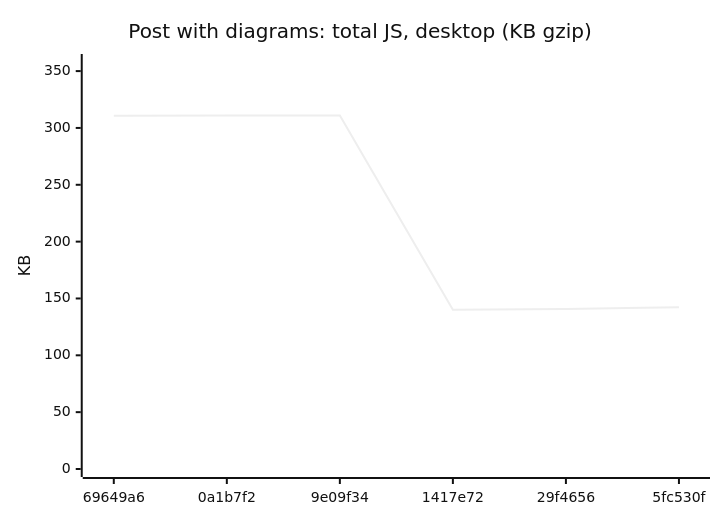
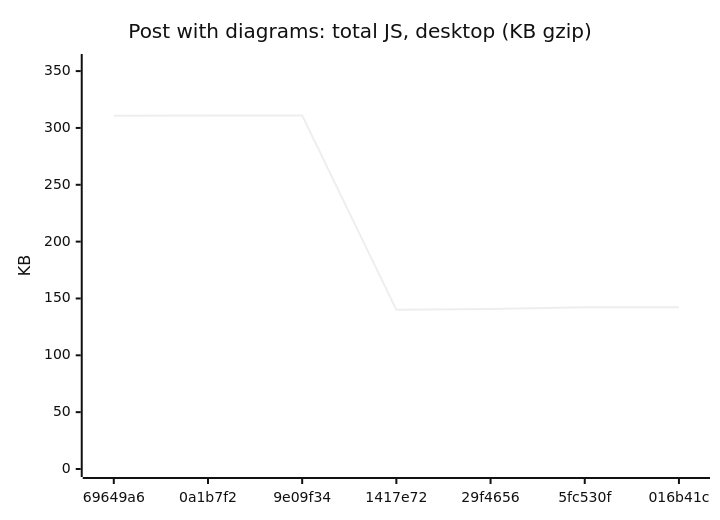
One commit to AxelUser/maltsev.space changed diagram 15 of 18 in README.md. Above: the diagram before and after it, drawn with Mermaid (neutral theme). The commit also changed other lines of this file and 1 other file, not shown here.

````diff
--- a/README.md
+++ b/README.md
@@ -161,7 +161,7 @@
 ```mermaid
 xychart-beta
   title "Post with diagrams: total JS, desktop (KB gzip)"
-  x-axis ["69649a6", "0a1b7f2", "9e09f34", "1417e72", "29f4656", "5fc530f"]
+  x-axis ["69649a6", "0a1b7f2", "9e09f34", "1417e72", "29f4656", "5fc530f", "016b41c"]
   y-axis "KB" 0 --> 358
-  line [310.7, 311, 311, 140, 140.8, 142.3]
+  line [310.7, 311, 311, 140, 140.8, 142.3, 142.3]
 ```
````
